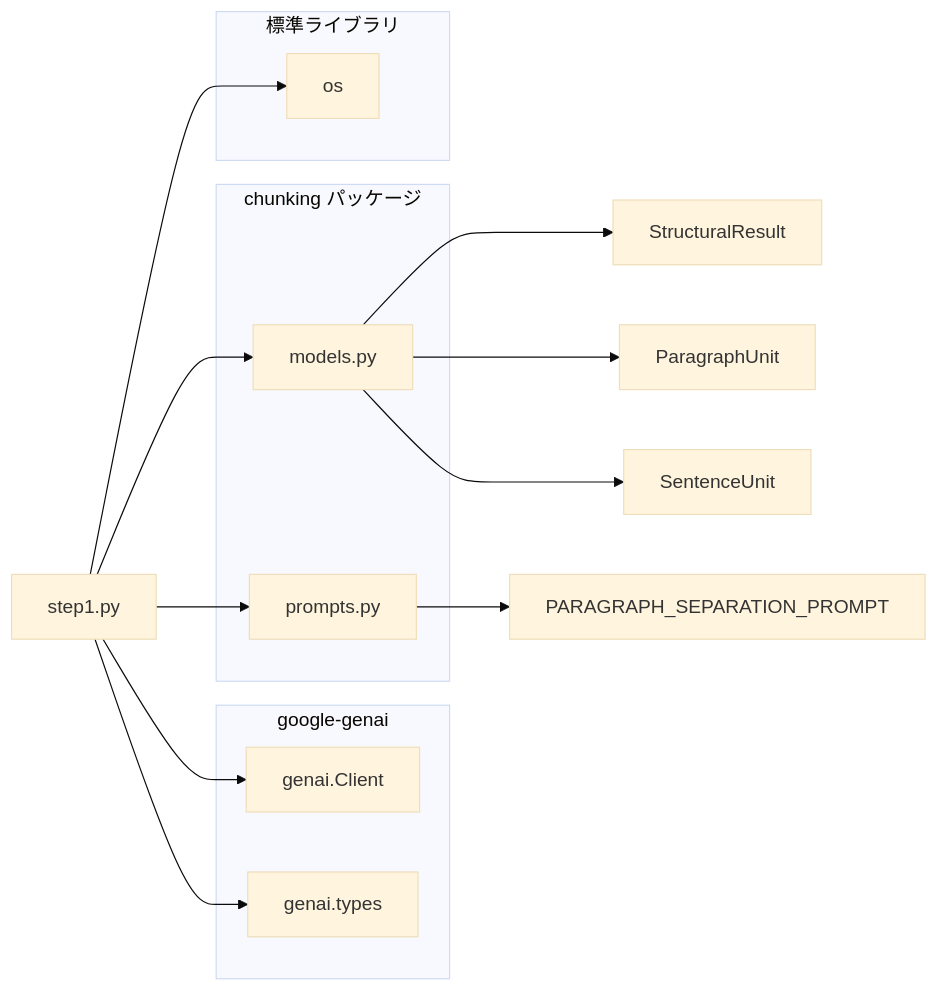
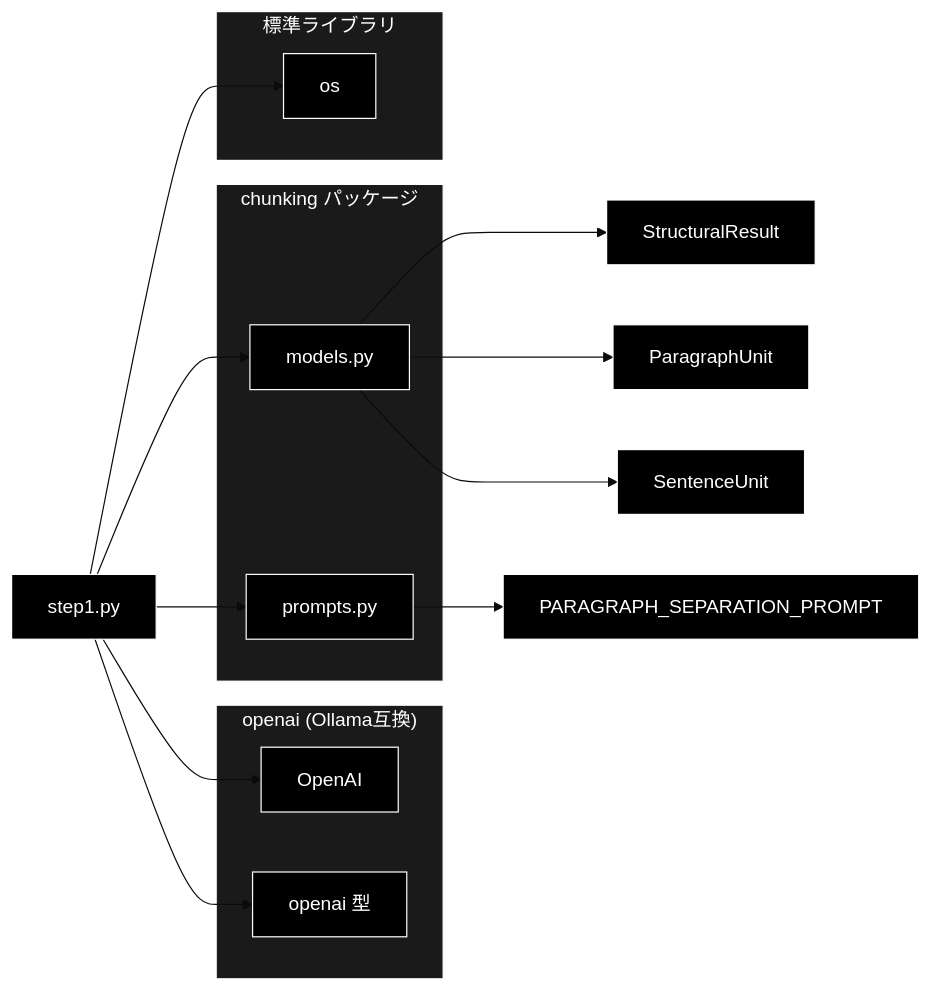
The fifth of 5 diagrams in chunking/doc/step1.md (nakashima2toshio/ollama_grace_agent_v2), drawn with Mermaid (base theme) before and after one commit. The commit also changed other lines of this file and 13 other files, not shown here.

````diff
--- a/chunking/doc/step1.md
+++ b/chunking/doc/step1.md
@@ -570,29 +596,35 @@
 ```mermaid
 flowchart LR
     STEP1[step1.py]
 
-    subgraph GOOGLE["google-genai"]
-        GENAI[genai.Client]
-        TYPES[genai.types]
+    subgraph GOOGLE["openai (Ollama互換)"]
+        GENAI[OpenAI]
+        TYPES["openai 型"]
     end
 
     subgraph CHUNKING["chunking パッケージ"]
         MODELS[models.py]
         PROMPTS[prompts.py]
     end
 
     subgraph STDLIB["標準ライブラリ"]
         OS[os]
     end
 
     STEP1 --> GENAI
     STEP1 --> TYPES
     STEP1 --> MODELS
     STEP1 --> PROMPTS
     STEP1 --> OS
 
     MODELS --> SR[StructuralResult]
     MODELS --> PU[ParagraphUnit]
     MODELS --> SU[SentenceUnit]
     PROMPTS --> PSP[PARAGRAPH_SEPARATION_PROMPT]
+classDef default fill:#000,stroke:#fff,color:#fff
+classDef subgraphStyle fill:#1a1a1a,stroke:#fff,color:#fff
+class STEP1,GENAI,TYPES,MODELS,PROMPTS,OS,SR,PU,SU,PSP default
+style GOOGLE fill:#1a1a1a,stroke:#fff,color:#fff
+style CHUNKING fill:#1a1a1a,stroke:#fff,color:#fff
+style STDLIB fill:#1a1a1a,stroke:#fff,color:#fff
 ```
````
